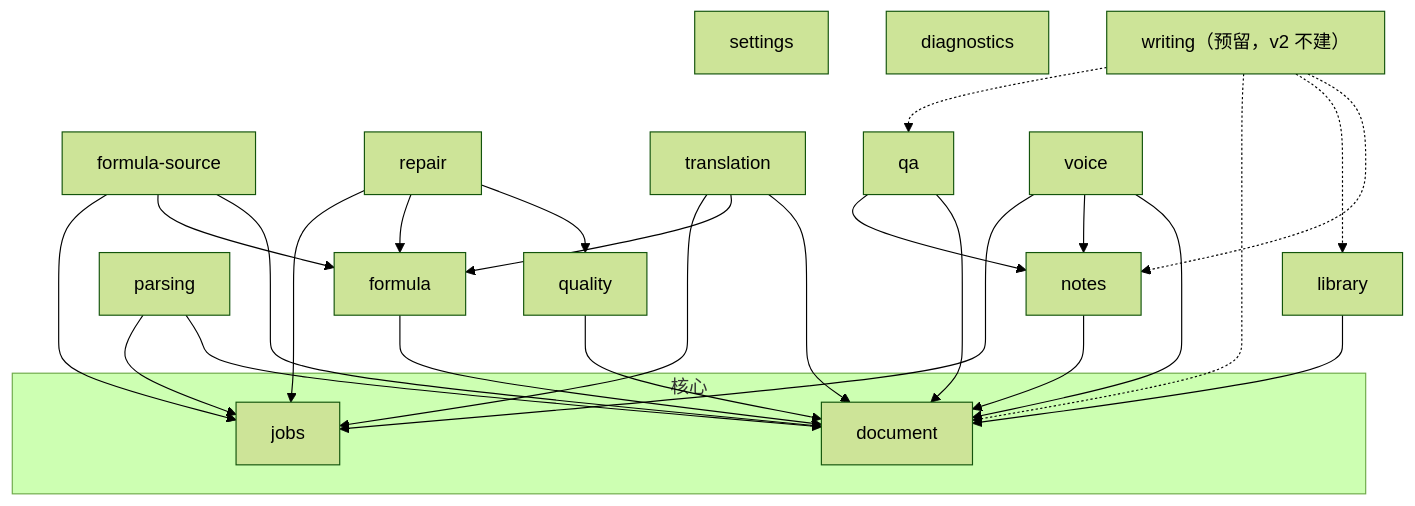
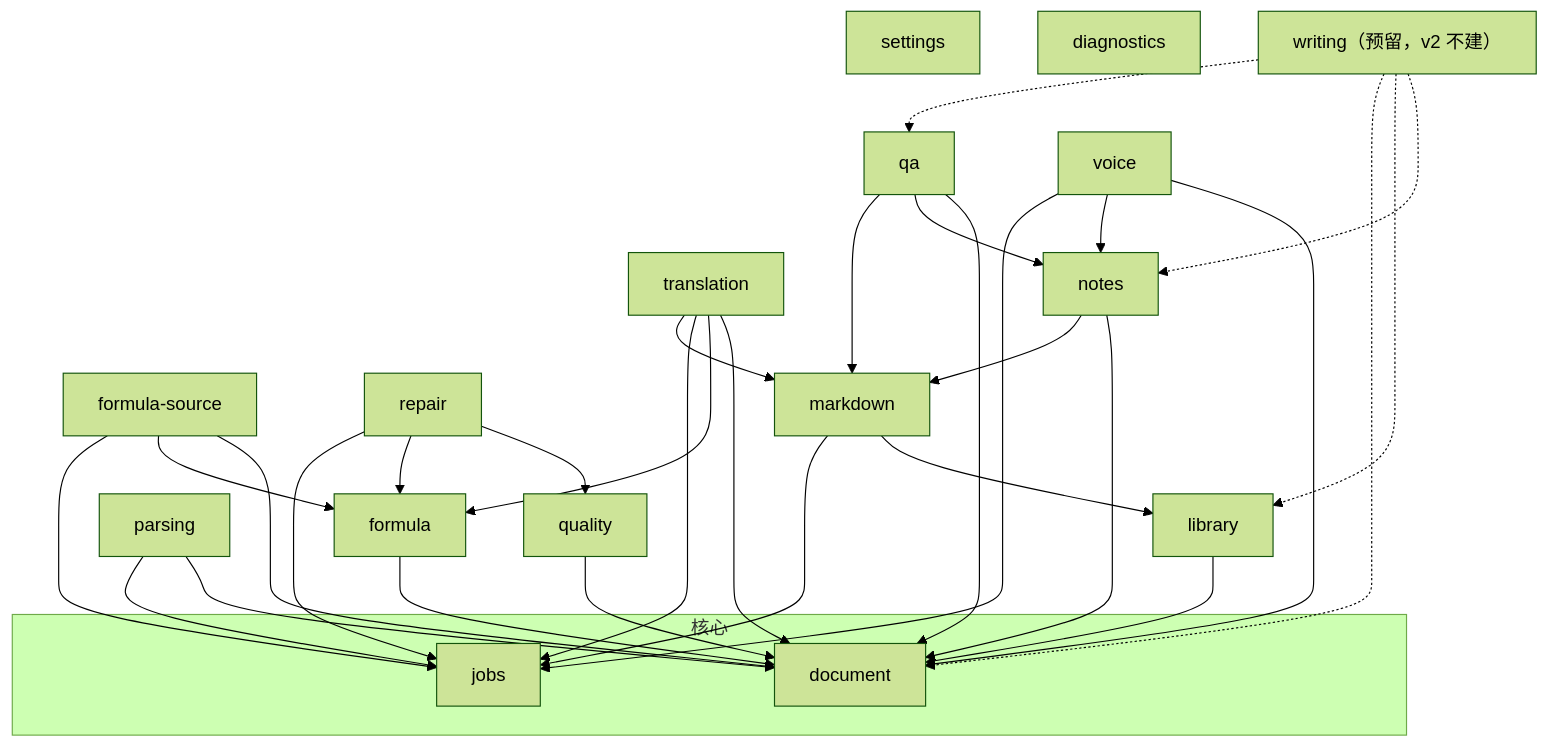
One commit to wisdom-km/open-immerse-v2 changed the second of 5 diagrams in ARCHITECTURE.md. Above: the diagram before and after it, drawn with Mermaid (forest theme). The commit also changed other lines of this file, not shown here.

Commit message:
docs(architecture): 新增 markdown 切片（§4.5）与依赖边；译文改为区块记录并按 Markdown 存储（§8.1.1）；KaTeX 选项统一到 contracts/latex-policy

````diff
--- a/ARCHITECTURE.md
+++ b/ARCHITECTURE.md
@@ -336,33 +351,38 @@
 ```mermaid
 flowchart TD
   subgraph core["核心"]
     document
     jobs
   end
   library --> document
   parsing --> document
   parsing --> jobs
   formula --> document
   fsrc["formula-source"] --> document
   fsrc --> formula
   fsrc --> jobs
   quality --> document
   repair --> quality
   repair --> formula
   repair --> jobs
   translation --> document
   translation --> formula
   translation --> jobs
+  translation --> markdown
+  markdown --> library
+  markdown --> jobs
   notes --> document
+  notes --> markdown
   qa --> document
   qa --> notes
+  qa --> markdown
   voice --> document
   voice --> notes
   voice --> jobs
   settings
   diagnostics
   writing["writing（预留，v2 不建）"] -.-> notes
   writing -.-> library
   writing -.-> document
   writing -.-> qa
 ```
````
